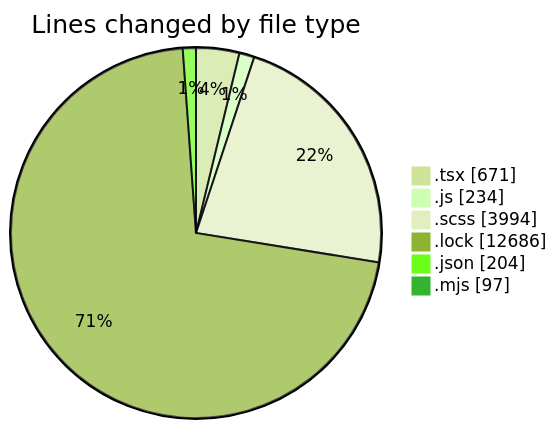
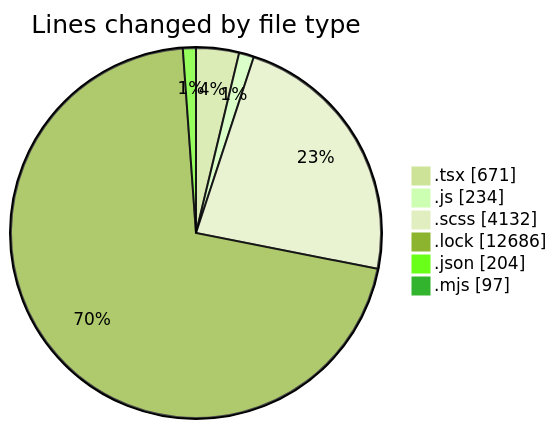
Before and after one commit to momahboobian/code-tracking: the first of 2 diagrams in 2026-01-22/cda-web-components/README.md, drawn with Mermaid (forest theme). The commit also changed other lines of this file and 1 other file, not shown here.

````diff
--- a/2026-01-22/cda-web-components/README.md
+++ b/2026-01-22/cda-web-components/README.md
@@ -58,10 +59,10 @@
 ```mermaid
 pie showData
 title Lines changed by file type
 ".tsx" : 671
 ".js" : 234
-".scss" : 3994
+".scss" : 4132
 ".lock" : 12686
 ".json" : 204
 ".mjs" : 97
 ```
````
